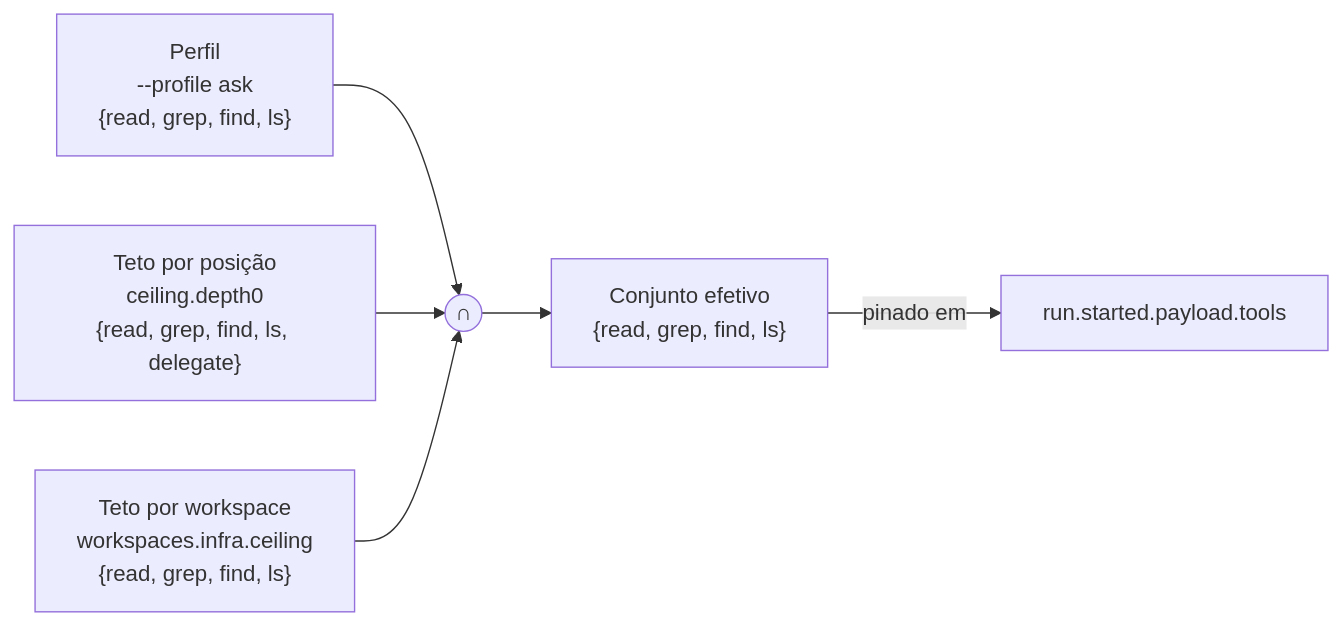
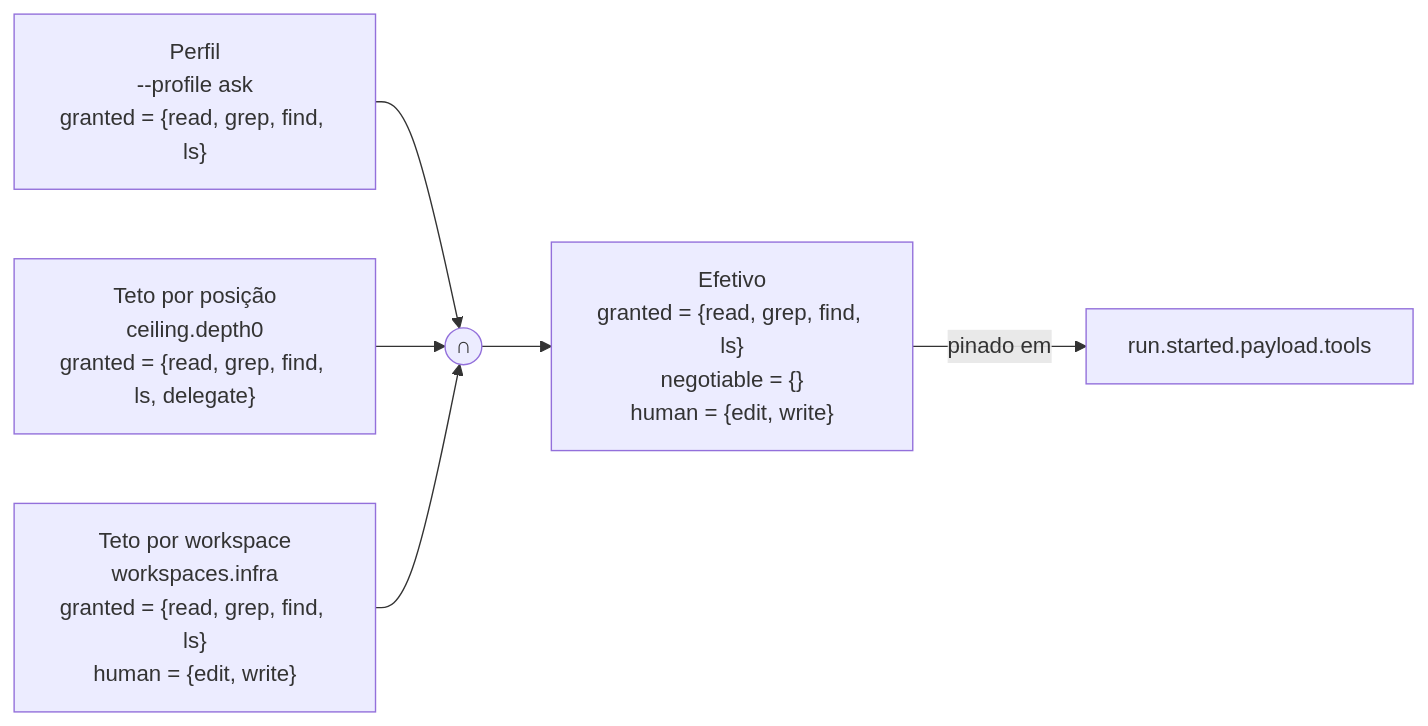
One commit to This-Is-NPC/omunculus changed the first of 4 diagrams in docs/to-be/tool-policy.md. Above: the diagram before and after it, drawn with Mermaid. The commit also changed other lines of this file and 1 other file, not shown here.

````diff
--- a/docs/to-be/tool-policy.md
+++ b/docs/to-be/tool-policy.md
@@ -31,12 +32,12 @@
 ```mermaid
 flowchart LR
-    P["Perfil<br/>--profile ask<br/>{read, grep, find, ls}"]
-    D["Teto por posição<br/>ceiling.depth0<br/>{read, grep, find, ls, delegate}"]
-    W["Teto por workspace<br/>workspaces.infra.ceiling<br/>{read, grep, find, ls}"]
-    E["Conjunto efetivo<br/>{read, grep, find, ls}"]
+    P["Perfil<br/>--profile ask<br/>granted = {read, grep, find, ls}"]
+    D["Teto por posição<br/>ceiling.depth0<br/>granted = {read, grep, find, ls, delegate}"]
+    W["Teto por workspace<br/>workspaces.infra<br/>granted = {read, grep, find, ls}<br/>human = {edit, write}"]
+    E["Efetivo<br/>granted = {read, grep, find, ls}<br/>negotiable = {}<br/>human = {edit, write}"]
     P --> I((∩))
     D --> I
     W --> I
     I --> E
     E -->|pinado em| RS["run.started.payload.tools"]
 ```
````
